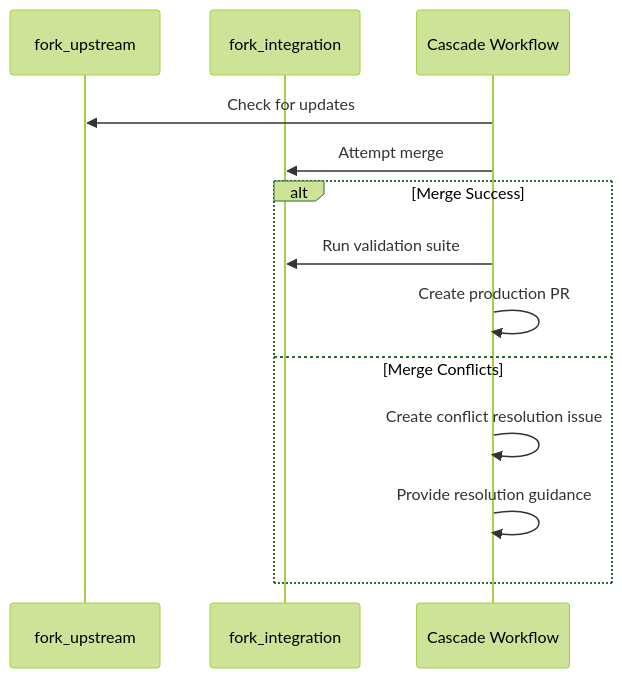
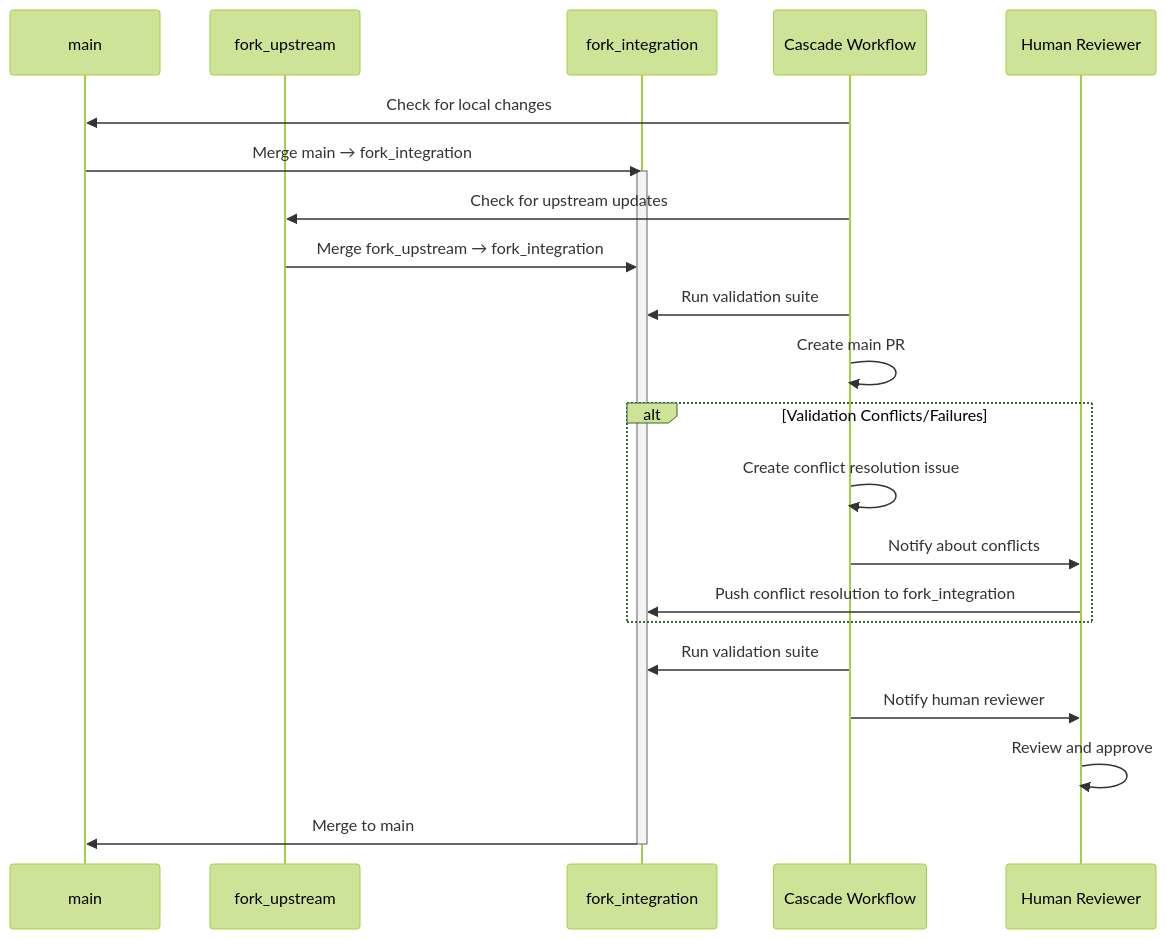
One commit to danielscholl-osdu/osdu-fork-template changed the third of 4 diagrams in doc/src/architecture/three_branch_strategy.md. Above: the diagram before and after it, drawn with Mermaid (forest theme). The commit also changed other lines of this file, not shown here.

````diff
--- a/doc/src/architecture/three_branch_strategy.md
+++ b/doc/src/architecture/three_branch_strategy.md
@@ -97,17 +94,28 @@
 ```mermaid
 sequenceDiagram
+    participant M as main
     participant FU as fork_upstream
     participant FI as fork_integration
     participant C as Cascade Workflow
+    participant H as Human Reviewer
     
-    C->>FU: Check for updates
-    C->>FI: Attempt merge
+    C->>M: Check for local changes
+    M->>FI: Merge main → fork_integration
+    activate FI
+    C->>FU: Check for upstream updates
+    FU->>FI: Merge fork_upstream → fork_integration
+    C->>FI: Run validation suite
+    C->>C: Create main PR
     
-    alt Merge Success
-        C->>FI: Run validation suite
-        C->>C: Create production PR
-    else Merge Conflicts
+    alt Validation Conflicts/Failures
         C->>C: Create conflict resolution issue
-        C->>C: Provide resolution guidance
+        C->>H: Notify about conflicts
+        H->>FI: Push conflict resolution to fork_integration
     end
+    
+    C->>FI: Run validation suite
+    C->>H: Notify human reviewer
+    H->>H: Review and approve
+    FI->>M: Merge to main
+    deactivate FI
 ```
````
